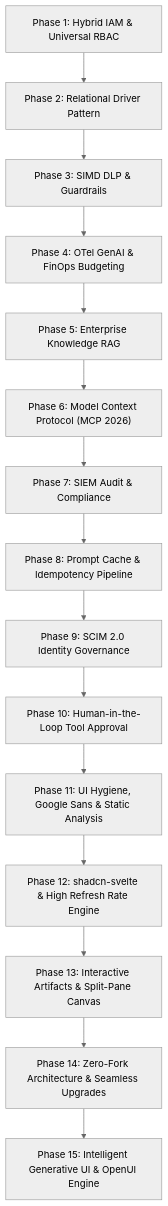
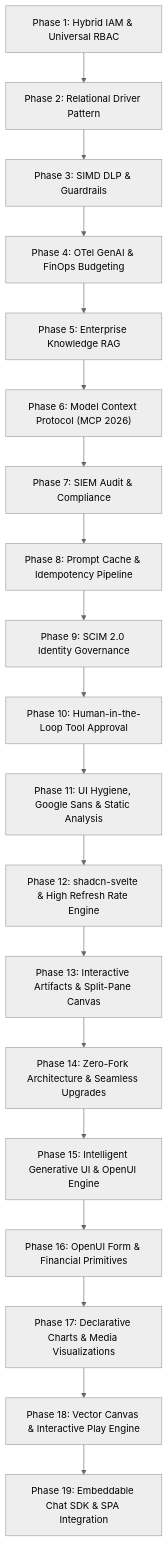
Before and after one commit to ihkaru/lumis: the diagram in docs/roadmap/00_ROADMAP_OVERVIEW.md, drawn with Mermaid (neutral theme). The commit also changed other lines of this file and 28 other files, not shown here.

First line of the commit message:
feat(embed): Phase 19 embeddable chat SDK, headless runes core, CORS & EIP integration

````diff
--- a/docs/roadmap/00_ROADMAP_OVERVIEW.md
+++ b/docs/roadmap/00_ROADMAP_OVERVIEW.md
@@ -29,17 +29,21 @@
 ```mermaid
 flowchart TD
     P1["Phase 1: Hybrid IAM & Universal RBAC"] --> P2["Phase 2: Relational Driver Pattern"]
     P2 --> P3["Phase 3: SIMD DLP & Guardrails"]
     P3 --> P4["Phase 4: OTel GenAI & FinOps Budgeting"]
     P4 --> P5["Phase 5: Enterprise Knowledge RAG"]
     P5 --> P6["Phase 6: Model Context Protocol (MCP 2026)"]
     P6 --> P7["Phase 7: SIEM Audit & Compliance"]
     P7 --> P8["Phase 8: Prompt Cache & Idempotency Pipeline"]
     P8 --> P9["Phase 9: SCIM 2.0 Identity Governance"]
     P9 --> P10["Phase 10: Human-in-the-Loop Tool Approval"]
     P10 --> P11["Phase 11: UI Hygiene, Google Sans & Static Analysis"]
     P11 --> P12["Phase 12: shadcn-svelte & High Refresh Rate Engine"]
     P12 --> P13["Phase 13: Interactive Artifacts & Split-Pane Canvas"]
     P13 --> P14["Phase 14: Zero-Fork Architecture & Seamless Upgrades"]
     P14 --> P15["Phase 15: Intelligent Generative UI & OpenUI Engine"]
+    P15 --> P16["Phase 16: OpenUI Form & Financial Primitives"]
+    P16 --> P17["Phase 17: Declarative Charts & Media Visualizations"]
+    P17 --> P18["Phase 18: Vector Canvas & Interactive Play Engine"]
+    P18 --> P19["Phase 19: Embeddable Chat SDK & SPA Integration"]
 ```
````
